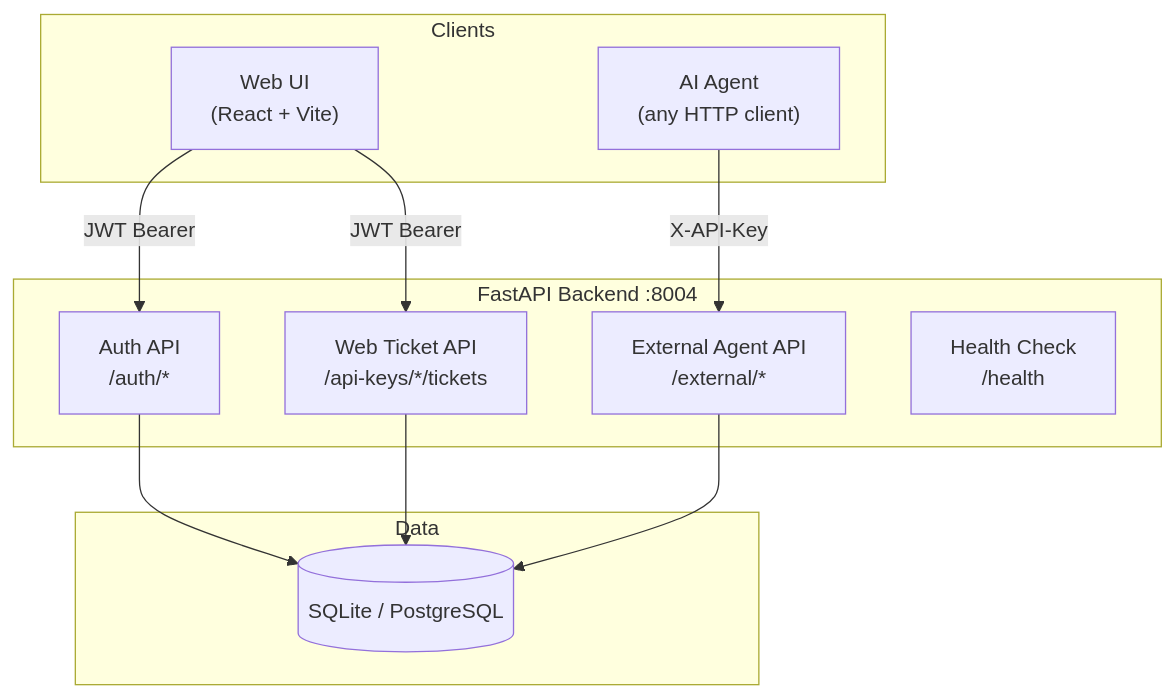
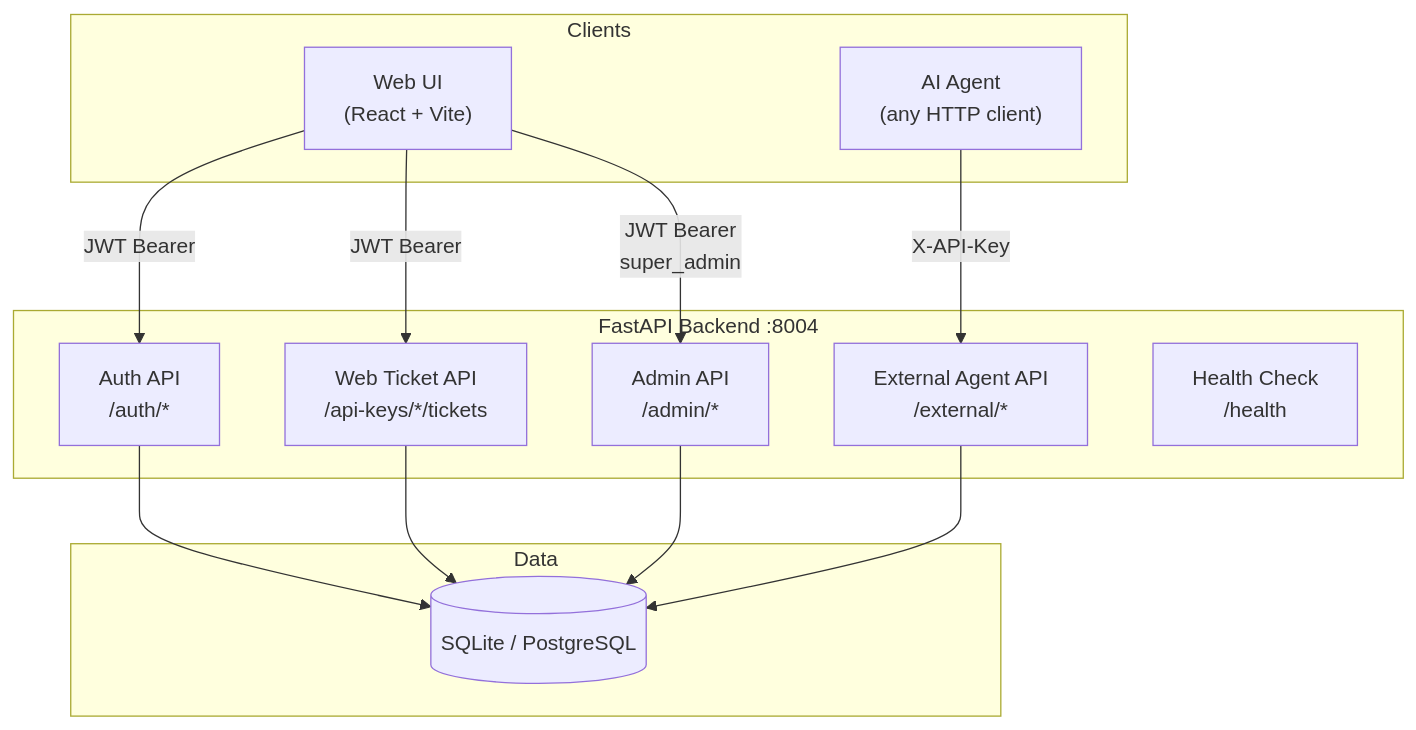
The first of 2 diagrams in README.md (osisdie/vibe-kanban), drawn with Mermaid before and after one commit. The commit also changed other lines of this file and 29 other files, not shown here.

First line of the commit message:
feat: add super admin, PostgreSQL, Railway deploy, logo rebrand

````diff
--- a/README.md
+++ b/README.md
@@ -47,25 +56,28 @@
 ```mermaid
 graph TB
     subgraph Clients
         WebUI["Web UI<br/>(React + Vite)"]
         Agent["AI Agent<br/>(any HTTP client)"]
     end
 
     subgraph Backend["FastAPI Backend :8004"]
         Auth["Auth API<br/>/auth/*"]
         WebAPI["Web Ticket API<br/>/api-keys/*/tickets"]
         ExtAPI["External Agent API<br/>/external/*"]
+        AdminAPI["Admin API<br/>/admin/*"]
         Health["Health Check<br/>/health"]
     end
 
     subgraph Data
         DB[(SQLite / PostgreSQL)]
     end
 
     WebUI -->|JWT Bearer| Auth
     WebUI -->|JWT Bearer| WebAPI
+    WebUI -->|JWT Bearer<br/>super_admin| AdminAPI
     Agent -->|X-API-Key| ExtAPI
+    AdminAPI --> DB
     WebAPI --> DB
     ExtAPI --> DB
     Auth --> DB
 ```
````
